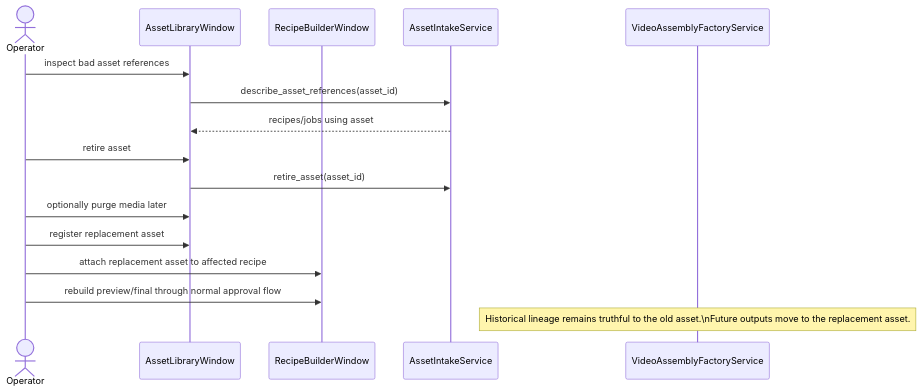
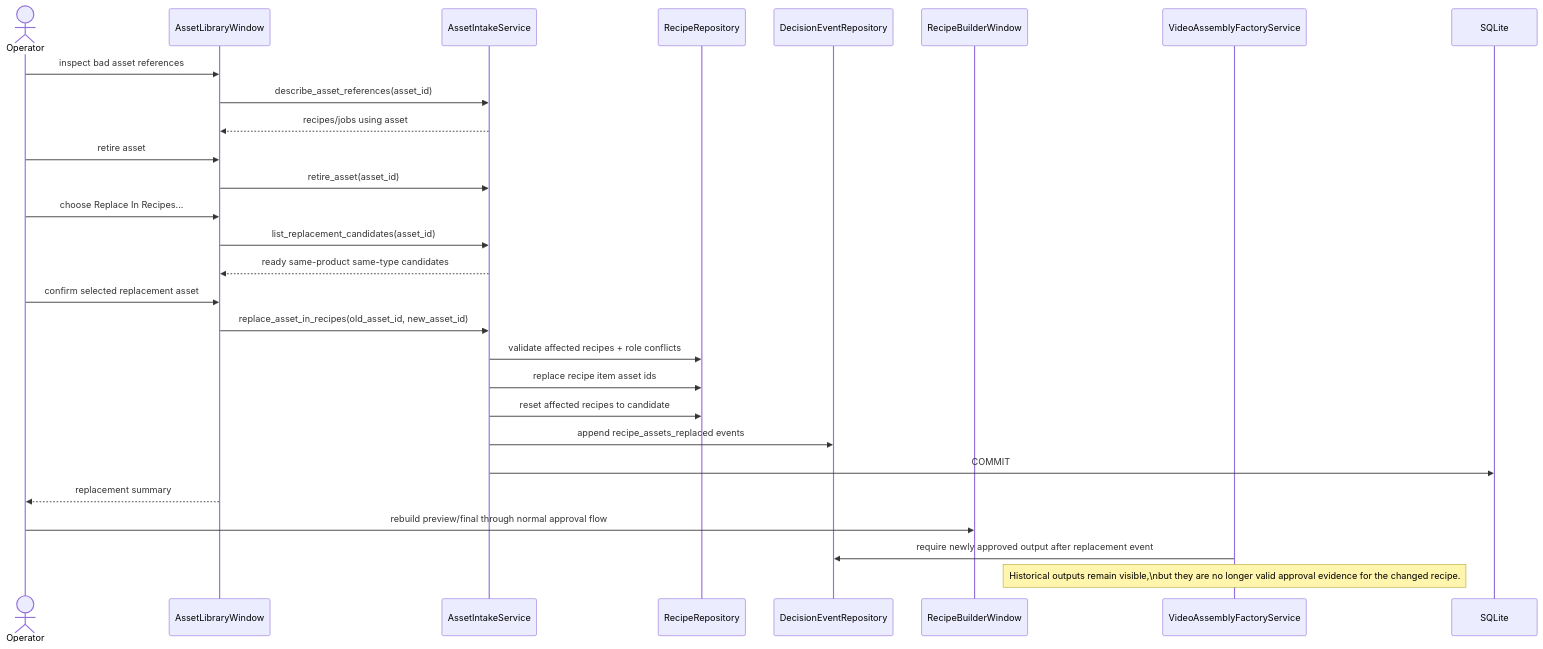
The second of 2 diagrams in doc/31_Asset_Lifecycle_and_Media_Purge_Workflow.md (idev006/MTClipFactory), drawn with Mermaid before and after one commit. The commit also changed other lines of this file and 16 other files, not shown here.

Commit message:
Add recipe-safe asset replacement workflow

````diff
--- a/doc/31_Asset_Lifecycle_and_Media_Purge_Workflow.md
+++ b/doc/31_Asset_Lifecycle_and_Media_Purge_Workflow.md
@@ -131,19 +147,31 @@
 ```mermaid
 sequenceDiagram
     actor Operator
     participant AssetsUI as AssetLibraryWindow
+    participant Intake as AssetIntakeService
+    participant RecipeRepo as RecipeRepository
+    participant EventRepo as DecisionEventRepository
     participant RecipesUI as RecipeBuilderWindow
-    participant Intake as AssetIntakeService
     participant Factory as VideoAssemblyFactoryService
+    participant DB as SQLite
 
     Operator->>AssetsUI: inspect bad asset references
     AssetsUI->>Intake: describe_asset_references(asset_id)
     Intake-->>AssetsUI: recipes/jobs using asset
     Operator->>AssetsUI: retire asset
     AssetsUI->>Intake: retire_asset(asset_id)
-    Operator->>AssetsUI: optionally purge media later
-    Operator->>AssetsUI: register replacement asset
-    Operator->>RecipesUI: attach replacement asset to affected recipe
+    Operator->>AssetsUI: choose Replace In Recipes...
+    AssetsUI->>Intake: list_replacement_candidates(asset_id)
+    Intake-->>AssetsUI: ready same-product same-type candidates
+    Operator->>AssetsUI: confirm selected replacement asset
+    AssetsUI->>Intake: replace_asset_in_recipes(old_asset_id, new_asset_id)
+    Intake->>RecipeRepo: validate affected recipes + role conflicts
+    Intake->>RecipeRepo: replace recipe item asset ids
+    Intake->>RecipeRepo: reset affected recipes to candidate
+    Intake->>EventRepo: append recipe_assets_replaced events
+    Intake->>DB: COMMIT
+    AssetsUI-->>Operator: replacement summary
     Operator->>RecipesUI: rebuild preview/final through normal approval flow
-    Note over Factory: Historical lineage remains truthful to the old asset.\nFuture outputs move to the replacement asset.
+    Factory->>EventRepo: require newly approved output after replacement event
+    Note over Factory: Historical outputs remain visible,\nbut they are no longer valid approval evidence for the changed recipe.
 ```
````
